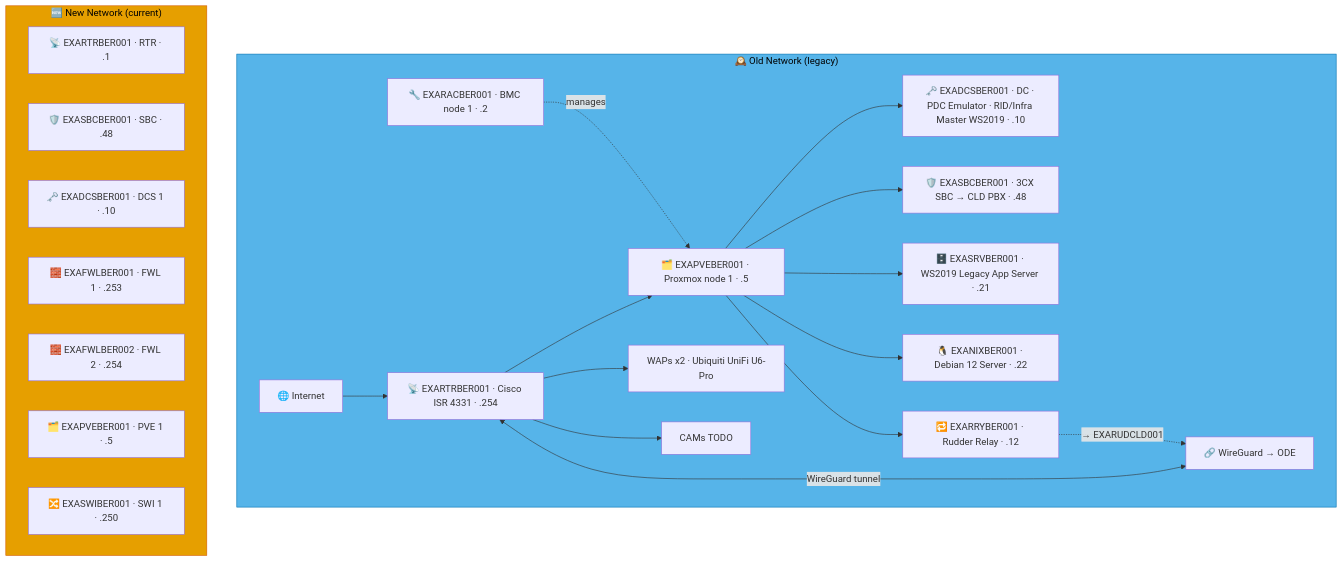
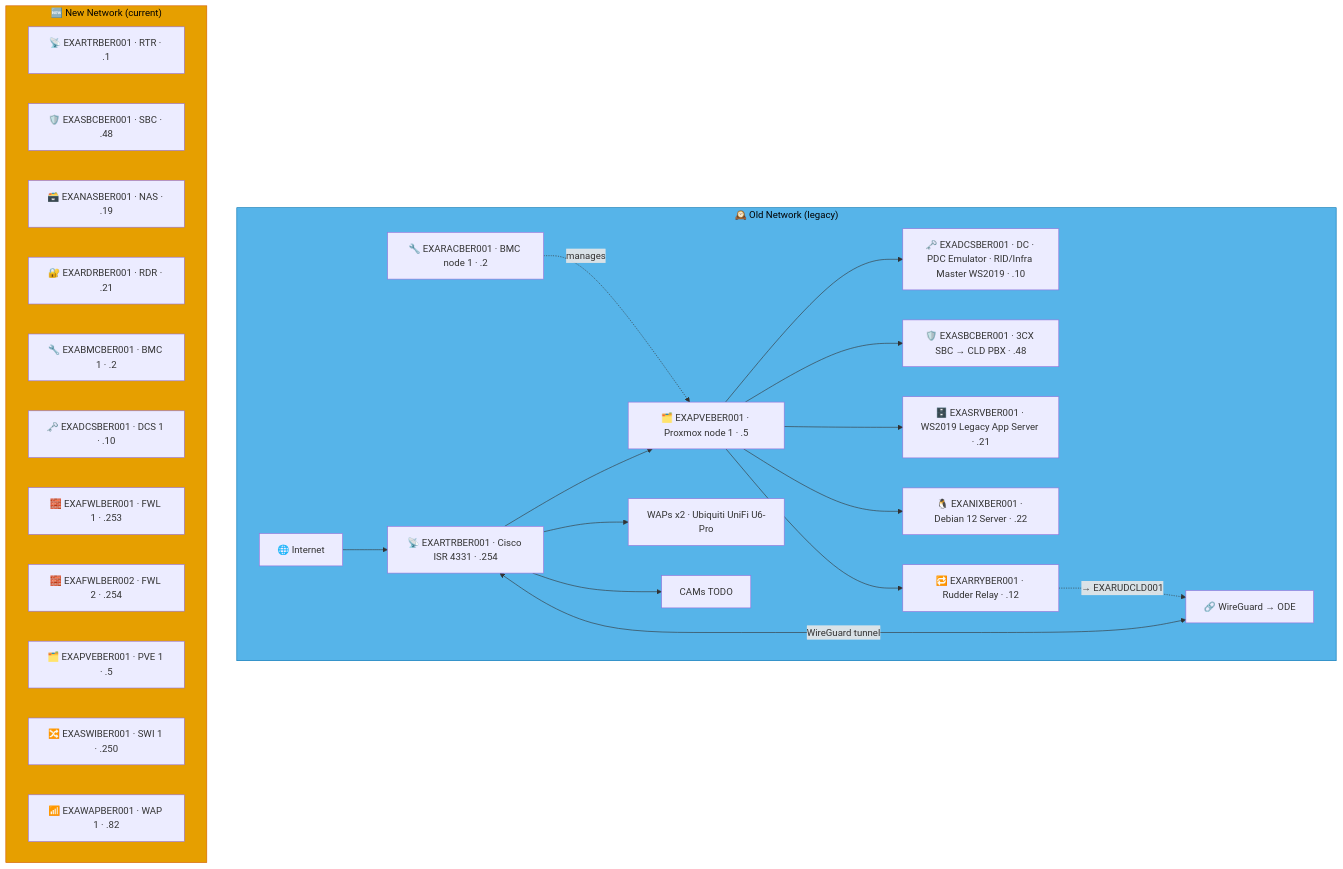
The second of 5 diagrams in docs/network-diagram/deutschland.md (knightmare2600/example_music_infra), drawn with Mermaid before and after one commit. The commit also changed other lines of this file and 15 other files, not shown here.

````diff
--- a/docs/network-diagram/deutschland.md
+++ b/docs/network-diagram/deutschland.md
@@ -77,38 +81,42 @@
 ```mermaid
 graph TD
     subgraph OLD_BER ["🕰️ Old Network (legacy)"]
       INET["🌐 Internet"]
       RTR["📡 EXARTRBER001 · Cisco ISR 4331 · .254"]
       RAC["🔧 EXARACBER001 · BMC node 1 · .2"]
       PVE["🗂️ EXAPVEBER001 · Proxmox node 1 · .5"]
       DC["🗝️ EXADCSBER001 · DC · PDC Emulator · RID/Infra Master WS2019 · .10"]
       SBC["🛡️ EXASBCBER001 · 3CX SBC → CLD PBX · .48"]
       RRY["🔁 EXARRYBER001 · Rudder Relay · .12"]
       SRV["🗄️ EXASRVBER001 · WS2019 Legacy App Server · .21"]
       NIX["🐧 EXANIXBER001 · Debian 12 Server · .22"]
       WAP["WAPs x2 · Ubiquiti UniFi U6-Pro"]
       CAM["CAMs TODO"]
       VPN["🔗 WireGuard → ODE"]
 
       INET --> RTR --> PVE --> DC & SBC & SRV & NIX
       RAC -.->|"manages"| PVE
       RTR --> WAP & CAM
       RTR <-->|"WireGuard tunnel"| VPN
 
       PVE --> RRY
       RRY -. "→ EXARUDCLD001" .-> VPN
     end
     style OLD_BER fill:#56B4E9,stroke:#0072B2,color:#000000
     %% GENERATED:NEW-NETWORK:BER:START
     subgraph NEW_BER ["🆕 New Network (current)"]
       N_RTR["📡 EXARTRBER001 · RTR · .1"]
       N_SBC["🛡️ EXASBCBER001 · SBC · .48"]
+      N_NAS["🗃️ EXANASBER001 · NAS · .19"]
+      N_RDR["🔐 EXARDRBER001 · RDR · .21"]
+      N_BMC["🔧 EXABMCBER001 · BMC 1 · .2"]
       N_DCS["🗝️ EXADCSBER001 · DCS 1 · .10"]
       N_FWL["🧱 EXAFWLBER001 · FWL 1 · .253"]
       N_FWL2["🧱 EXAFWLBER002 · FWL 2 · .254"]
       N_PVE["🗂️ EXAPVEBER001 · PVE 1 · .5"]
       N_SWI["🔀 EXASWIBER001 · SWI 1 · .250"]
+      N_WAP["📶 EXAWAPBER001 · WAP 1 · .82"]
     end
     style NEW_BER fill:#E69F00,stroke:#D55E00,color:#000000
     %% GENERATED:NEW-NETWORK:BER:END
 ```
````
